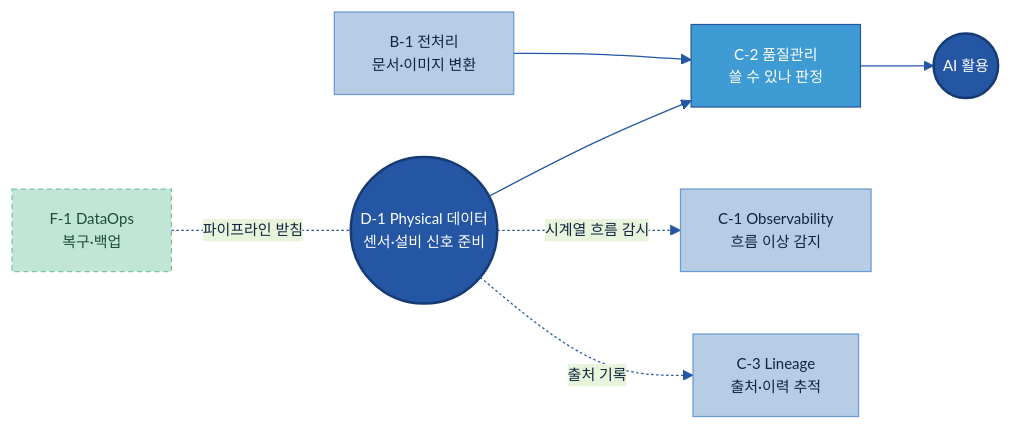
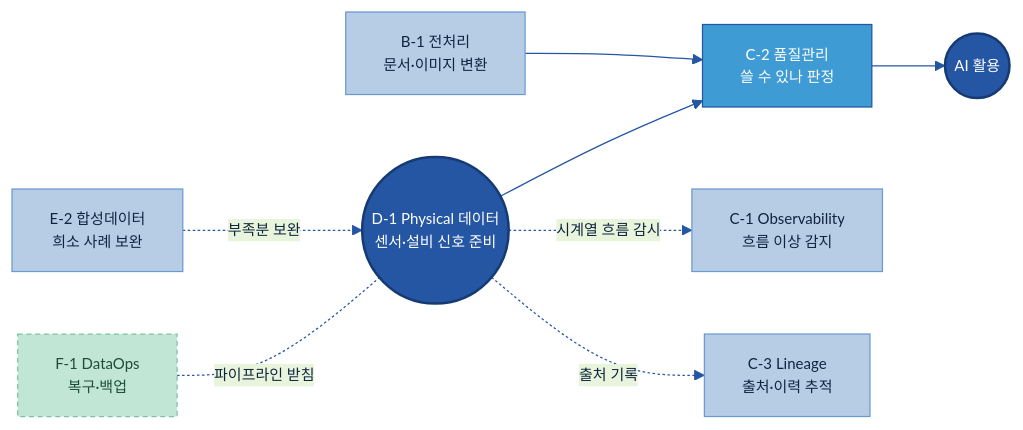
Before and after one commit to jin-kearney/ai-ready-data-manual: the seventh of 7 diagrams in 가이드 작성/D-1 Physical 데이터/D-1 Physical 데이터.md, drawn with Mermaid. The commit also changed other lines of this file and 1 other file, not shown here.

````diff
--- a/가이드 작성/D-1 Physical 데이터/D-1 Physical 데이터.md
+++ b/가이드 작성/D-1 Physical 데이터/D-1 Physical 데이터.md
@@ -458,20 +469,22 @@
 ```mermaid
 %%{init: {'theme':'base','themeVariables':{'primaryColor':'#DCE8F5','primaryBorderColor':'#2456A4','primaryTextColor':'#10243f','lineColor':'#2456A4','clusterBkg':'#EEF4FB','clusterBorder':'#6B9AD1','fontSize':'12px'}}}%%
 flowchart LR
     D1(("D-1 Physical 데이터<br/>센서·설비 신호 준비")):::cat
     B1["B-1 전처리<br/>문서·이미지 변환"]:::n
     C2["C-2 품질관리<br/>쓸 수 있나 판정"]:::gate
     C1["C-1 Observability<br/>흐름 이상 감지"]:::n
     C3["C-3 Lineage<br/>출처·이력 추적"]:::n
     F1["F-1 DataOps<br/>복구·백업"]:::cross
+    E2["E-2 합성데이터<br/>희소 사례 보완"]:::n
     AI(("AI 활용")):::cat
     D1 --> C2 --> AI
     D1 -. 시계열 흐름 감시 .-> C1
     D1 -. 출처 기록 .-> C3
     F1 -. 파이프라인 받침 .- D1
+    E2 -. 부족분 보완 .-> D1
     B1 --> C2
     classDef n fill:#B7CDE6,stroke:#6B9AD1,color:#10243f;
     classDef gate fill:#3F9BD4,stroke:#2456A4,color:#fff;
     classDef cat fill:#2456A4,color:#fff,stroke:#163a73,stroke-width:2px;
     classDef cross fill:#C2E6D6,stroke:#7CC2A7,color:#1f4d3a,stroke-dasharray:4 3;
 ```
````
